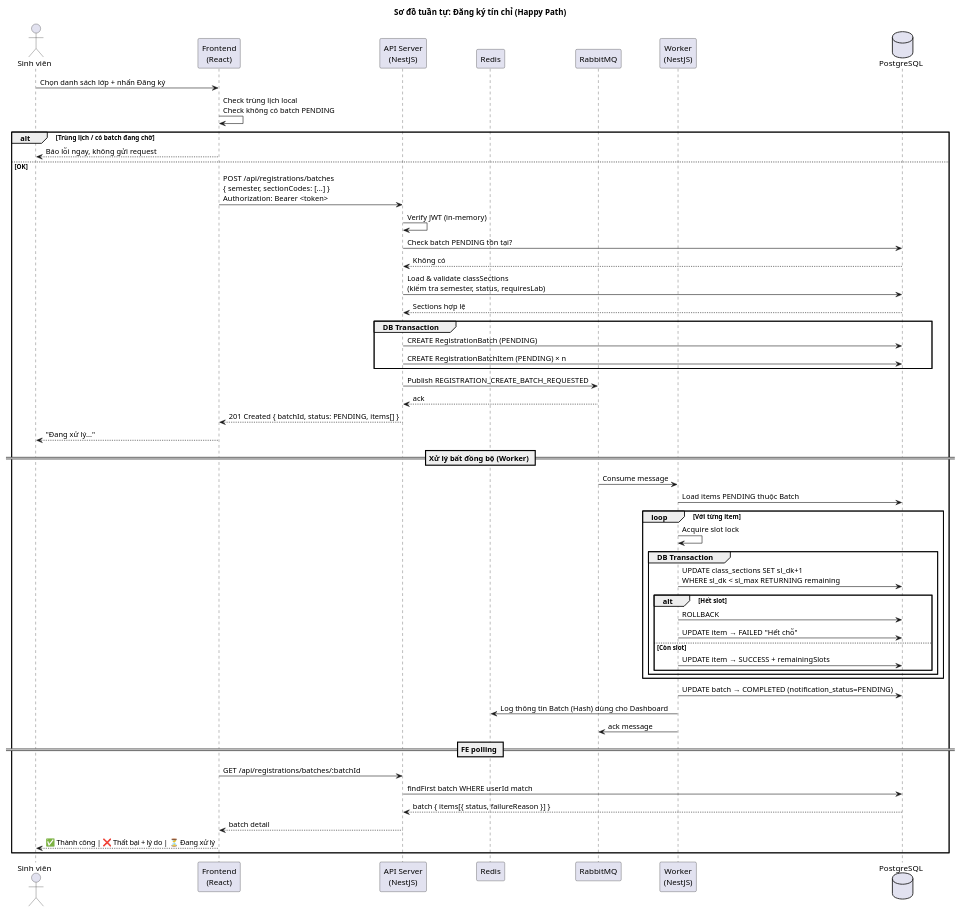
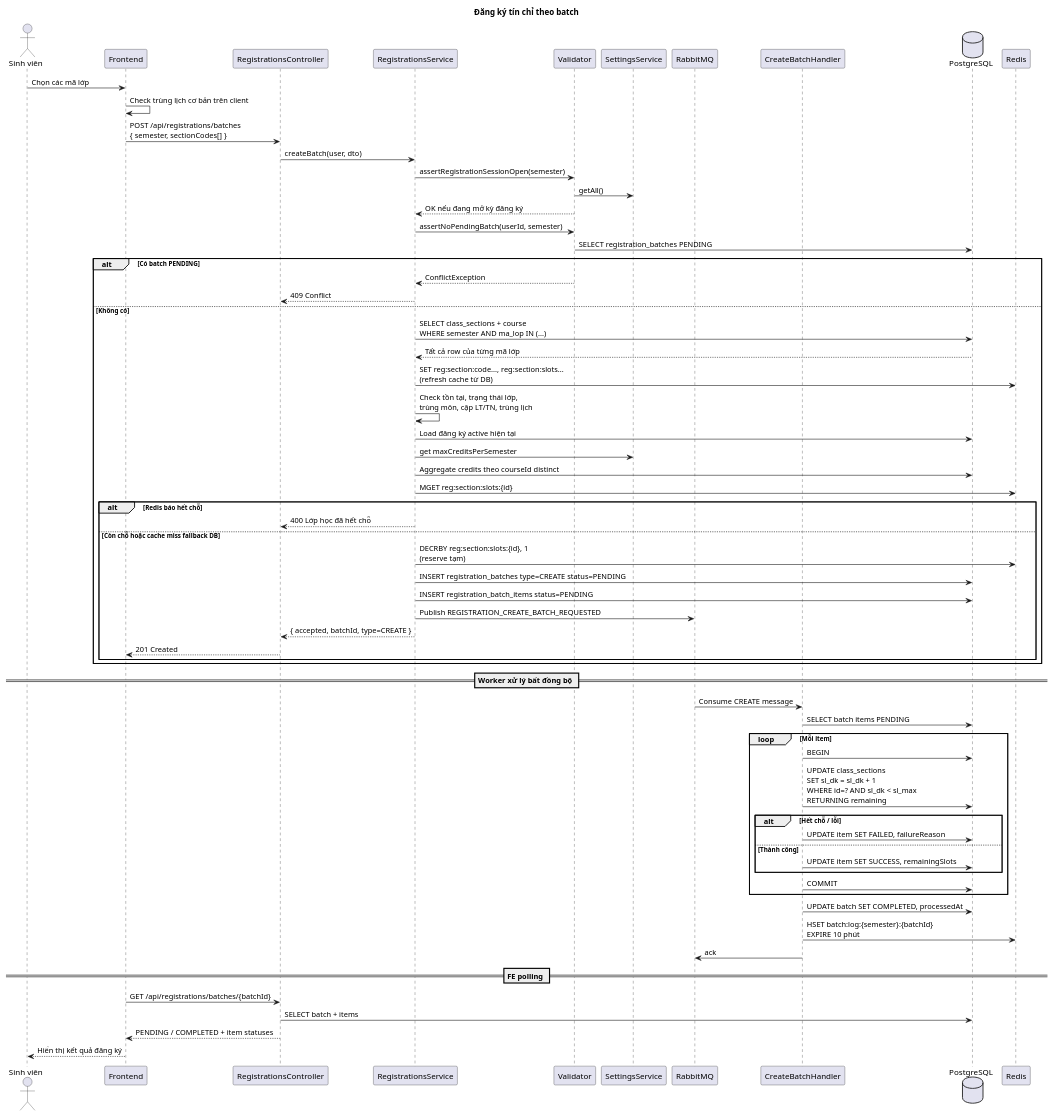
One commit to huyhuyqazwsx/do_an_tot_nghiep changed the fifth of 20 diagrams in docs/doc/sequence-diagrams.md. Above: the diagram before and after it, drawn with PlantUML. The commit also changed other lines of this file and 1 other file, not shown here.

````diff
--- a/docs/doc/sequence-diagrams.md
+++ b/docs/doc/sequence-diagrams.md
@@ -47,73 +192,80 @@
 ```plantuml
-@startuml SD_DangKy
-title Sơ đồ tuần tự: Đăng ký tín chỉ (Happy Path)
+@startuml SD_CreateRegistrationBatch
+title Đăng ký tín chỉ theo batch
 
 actor "Sinh viên" as SV
-participant "Frontend\n(React)" as FE
-participant "API Server\n(NestJS)" as API
+participant "Frontend" as FE
+participant "RegistrationsController" as RegC
+participant "RegistrationsService" as RegS
+participant "Validator" as Validator
+participant "SettingsService" as Settings
+participant "RabbitMQ" as MQ
+participant "CreateBatchHandler" as Worker
+database "PostgreSQL" as DB
 participant "Redis" as Redis
-participant "RabbitMQ" as MQ
-participant "Worker\n(NestJS)" as Worker
-database "PostgreSQL" as DB
 
-SV -> FE : Chọn danh sách lớp + nhấn Đăng ký
+SV -> FE : Chọn các mã lớp
+FE -> FE : Check trùng lịch cơ bản trên client
+FE -> RegC : POST /api/registrations/batches\n{ semester, sectionCodes[] }
+RegC -> RegS : createBatch(user, dto)
 
-FE -> FE : Check trùng lịch local\nCheck không có batch PENDING
+RegS -> Validator : assertRegistrationSessionOpen(semester)
+Validator -> Settings : getAll()
+Validator --> RegS : OK nếu đang mở kỳ đăng ký
 
-alt Trùng lịch / có batch đang chờ
-    FE --> SV : Báo lỗi ngay, không gửi request
-else OK
-    FE -> API : POST /api/registrations/batches\n{ semester, sectionCodes: [...] }\nAuthorization: Bearer <token>
+RegS -> Validator : assertNoPendingBatch(userId, semester)
+Validator -> DB : SELECT registration_batches PENDING
+alt Có batch PENDING
+  Validator --> RegS : ConflictException
+  RegS --> RegC : 409 Conflict
+else Không có
+  RegS -> DB : SELECT class_sections + course\nWHERE semester AND ma_lop IN (...)
+  DB --> RegS : Tất cả row của từng mã lớp
+  RegS -> Redis : SET reg:section:code..., reg:section:slots...\n(refresh cache từ DB)
 
-    API -> API : Verify JWT (in-memory)
-    API -> DB : Check batch PENDING tồn tại?
-    DB --> API : Không có
+  RegS -> RegS : Check tồn tại, trạng thái lớp,\ntrùng môn, cặp LT/TN, trùng lịch
+  RegS -> DB : Load đăng ký active hiện tại
+  RegS -> Settings : get maxCreditsPerSemester
+  RegS -> DB : Aggregate credits theo courseId distinct
 
-    API -> DB : Load & validate classSections\n(kiểm tra semester, status, requiresLab)
-    DB --> API : Sections hợp lệ
-
-    group DB Transaction
-        API -> DB : CREATE RegistrationBatch (PENDING)
-        API -> DB : CREATE RegistrationBatchItem (PENDING) × n
-    end
-
-    API -> MQ : Publish REGISTRATION_CREATE_BATCH_REQUESTED
-    MQ --> API : ack
-
-    API --> FE : 201 Created { batchId, status: PENDING, items[] }
-    FE --> SV : "Đang xử lý..."
-
-    == Xử lý bất đồng bộ (Worker) ==
-
-    MQ -> Worker : Consume message
-    Worker -> DB : Load items PENDING thuộc Batch
-
-    loop Với từng item
-        Worker -> Worker : Acquire slot lock
-
-        group DB Transaction
-            Worker -> DB : UPDATE class_sections SET sl_dk+1\nWHERE sl_dk < sl_max RETURNING remaining
-            alt Hết slot
-                Worker -> DB : ROLLBACK
-                Worker -> DB : UPDATE item → FAILED "Hết chỗ"
-            else Còn slot
-                Worker -> DB : UPDATE item → SUCCESS + remainingSlots
-            end
-        end
-    end
-
-    Worker -> DB : UPDATE batch → COMPLETED (notification_status=PENDING)
-    Worker -> Redis : Log thông tin Batch (Hash) dùng cho Dashboard
-    Worker -> MQ : ack message
-
-    == FE polling ==
-
-    FE -> API : GET /api/registrations/batches/:batchId
-    API -> DB : findFirst batch WHERE userId match
-    DB --> API : batch { items[{ status, failureReason }] }
-    API --> FE : batch detail
-    FE --> SV : ✅ Thành công | ❌ Thất bại + lý do | ⏳ Đang xử lý
+  RegS -> Redis : MGET reg:section:slots:{id}
+  alt Redis báo hết chỗ
+    RegS --> RegC : 400 Lớp học đã hết chỗ
+  else Còn chỗ hoặc cache miss fallback DB
+    RegS -> Redis : DECRBY reg:section:slots:{id}, 1\n(reserve tạm)
+    RegS -> DB : INSERT registration_batches type=CREATE status=PENDING
+    RegS -> DB : INSERT registration_batch_items status=PENDING
+    RegS -> MQ : Publish REGISTRATION_CREATE_BATCH_REQUESTED
+    RegS --> RegC : { accepted, batchId, type=CREATE }
+    RegC --> FE : 201 Created
+  end
 end
 
+== Worker xử lý bất đồng bộ ==
+
+MQ -> Worker : Consume CREATE message
+Worker -> DB : SELECT batch items PENDING
+
+loop Mỗi item
+  Worker -> DB : BEGIN
+  Worker -> DB : UPDATE class_sections\nSET sl_dk = sl_dk + 1\nWHERE id=? AND sl_dk < sl_max\nRETURNING remaining
+  alt Hết chỗ / lỗi
+    Worker -> DB : UPDATE item SET FAILED, failureReason
+  else Thành công
+    Worker -> DB : UPDATE item SET SUCCESS, remainingSlots
+  end
+  Worker -> DB : COMMIT
+end
+
+Worker -> DB : UPDATE batch SET COMPLETED, processedAt
+Worker -> Redis : HSET batch:log:{semester}:{batchId}\nEXPIRE 10 phút
+Worker -> MQ : ack
+
+== FE polling ==
+
+FE -> RegC : GET /api/registrations/batches/{batchId}
+RegC -> DB : SELECT batch + items
+RegC --> FE : PENDING / COMPLETED + item statuses
+FE --> SV : Hiển thị kết quả đăng ký
 @enduml
 ```
````
